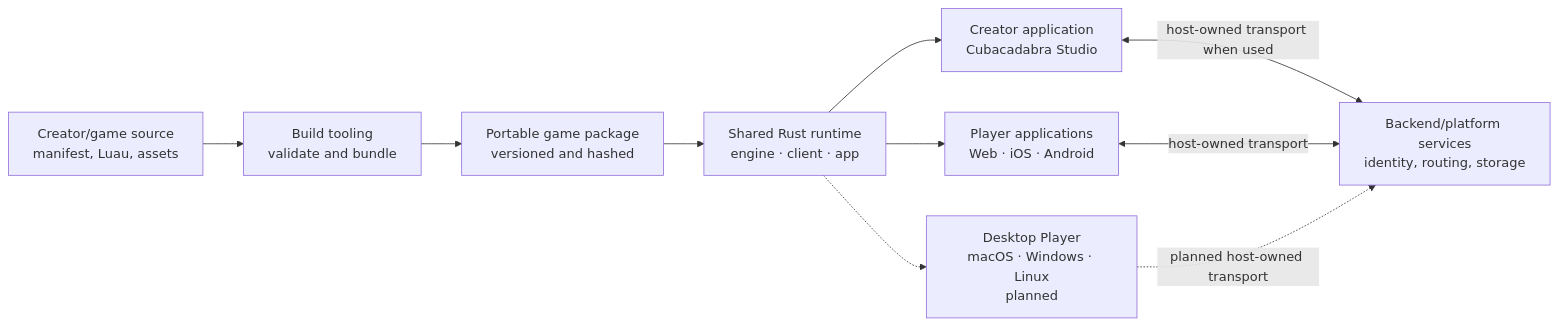
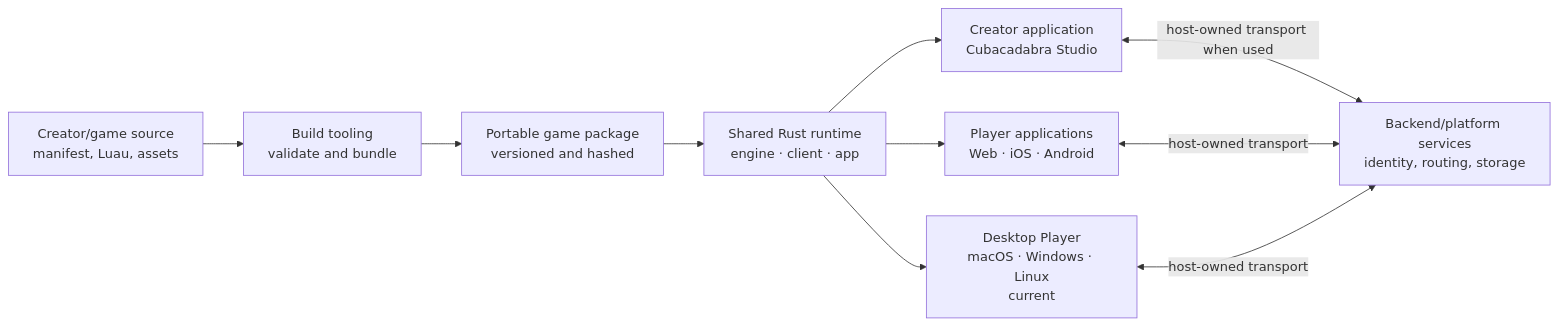
The first of 2 diagrams in architecture/overview.md (cubacadabra/docs), drawn with Mermaid before and after one commit. The commit also changed other lines of this file and 9 other files, not shown here.

````diff
--- a/architecture/overview.md
+++ b/architecture/overview.md
@@ -15,19 +15,19 @@
 ```mermaid
 flowchart LR
     Source["Creator/game source<br/>manifest, Luau, assets"]
     Tools["Build tooling<br/>validate and bundle"]
     Package["Portable game package<br/>versioned and hashed"]
     Runtime["Shared Rust runtime<br/>engine · client · app"]
     Studio["Creator application<br/>Cubacadabra Studio"]
     Player["Player applications<br/>Web · iOS · Android"]
-    Desktop["Desktop Player<br/>macOS · Windows · Linux<br/>planned"]
+    Desktop["Desktop Player<br/>macOS · Windows · Linux<br/>current"]
     Backend["Backend/platform services<br/>identity, routing, storage"]
 
     Source --> Tools --> Package --> Runtime
     Runtime --> Studio
     Runtime --> Player
-    Runtime -.-> Desktop
+    Runtime --> Desktop
     Studio <-->|"host-owned transport when used"| Backend
     Player <-->|"host-owned transport"| Backend
-    Desktop -.->|"planned host-owned transport"| Backend
+    Desktop <-->|"host-owned transport"| Backend
 ```
````
